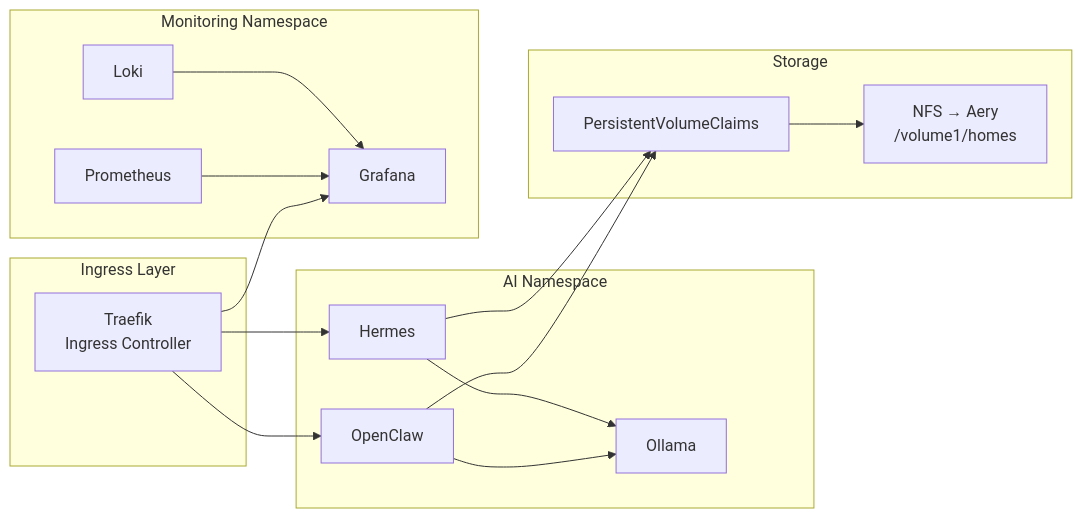
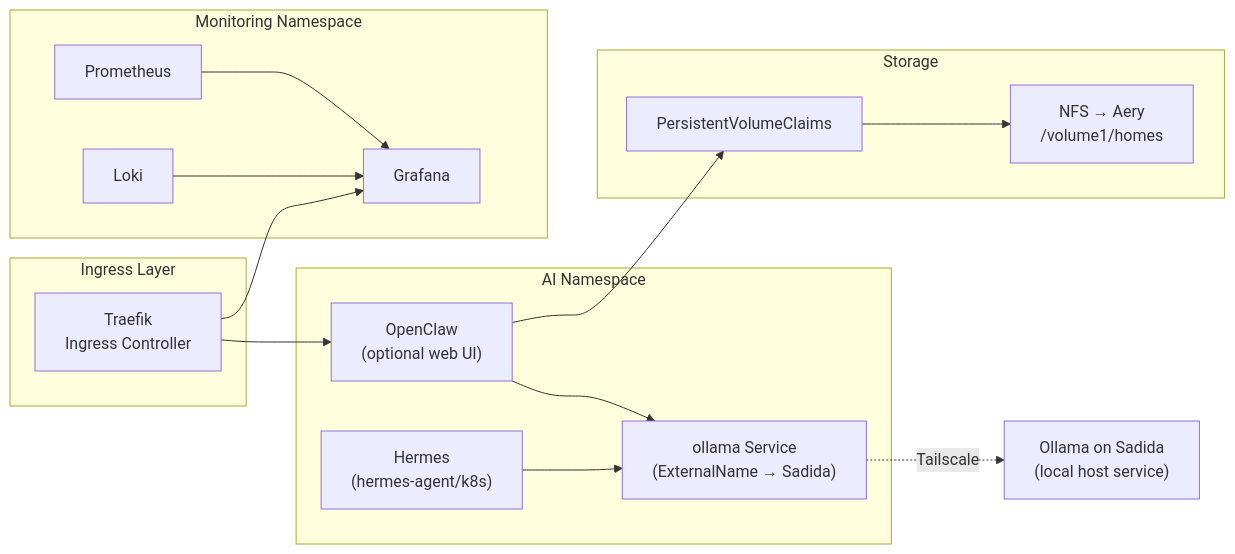
One commit to SethSterling22/HomeLab_Architecture changed the third of 4 diagrams in README.md. Above: the diagram before and after it, drawn with Mermaid. The commit also changed other lines of this file and 11 other files, not shown here.

````diff
--- a/README.md
+++ b/README.md
@@ -155,34 +184,33 @@
 ```mermaid
 graph LR
     subgraph ingress["Ingress Layer"]
         TRAEFIK["Traefik\nIngress Controller"]
     end
- 
+
     subgraph ai["AI Namespace"]
-        OC["OpenClaw"]
-        HM["Hermes"]
-        OL["Ollama"]
+        OC["OpenClaw\n(optional web UI)"]
+        HM["Hermes\n(hermes-agent/k8s)"]
+        OL["ollama Service\n(ExternalName → Sadida)"]
     end
- 
+
     subgraph storage["Storage"]
         PVC["PersistentVolumeClaims"]
         NFS["NFS → Aery\n/volume1/homes"]
     end
- 
+
     subgraph monitoring["Monitoring Namespace"]
         PROM["Prometheus"]
         GRAF["Grafana"]
         LOKI["Loki"]
     end
- 
+
     TRAEFIK --> OC
-    TRAEFIK --> HM
     TRAEFIK --> GRAF
     OC --> OL
     HM --> OL
+    OL -.->|Tailscale| SADIDA["Ollama on Sadida\n(local host service)"]
     OC --> PVC
-    HM --> PVC
     PVC --> NFS
     PROM --> GRAF
     LOKI --> GRAF
 ```
````
